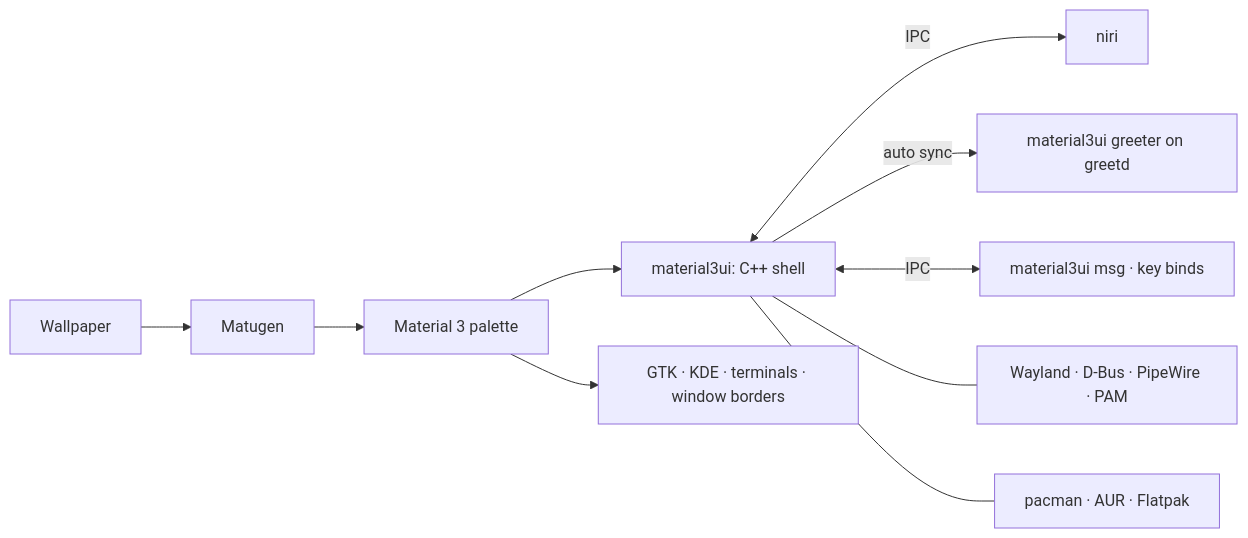
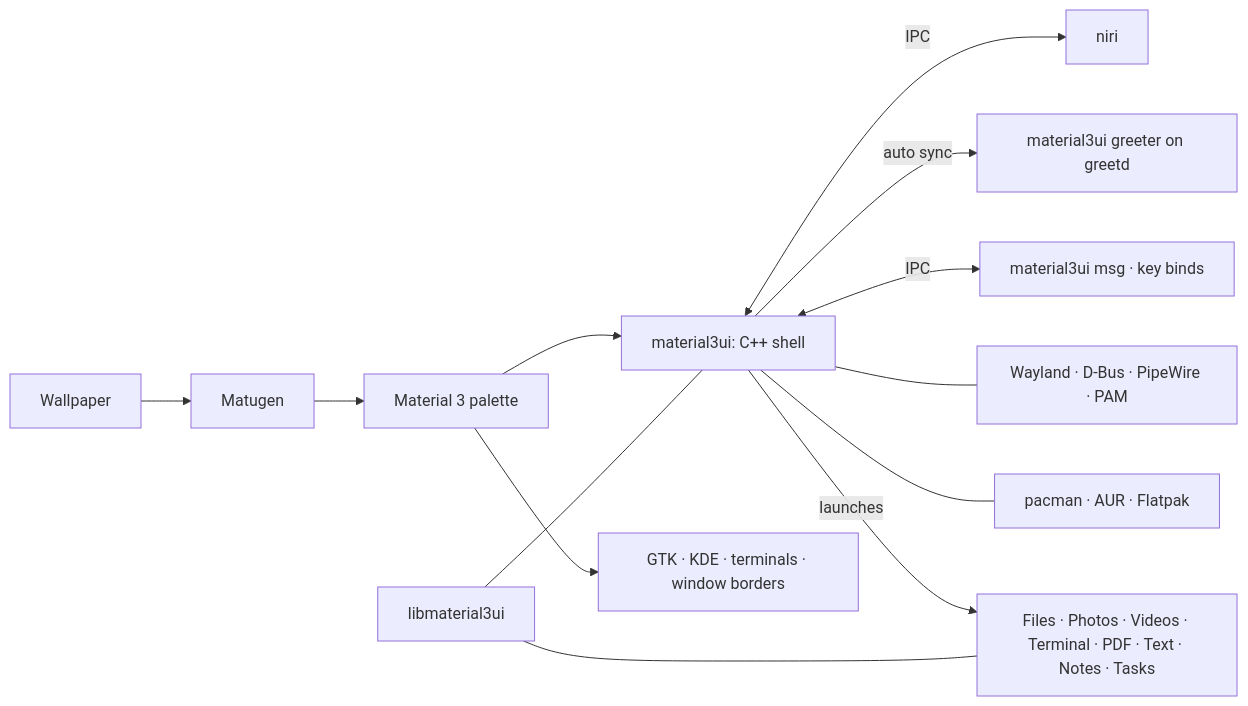
The diagram in README.md (Abijspy/material3-android-shell), drawn with Mermaid before and after one commit. The commit also changed other lines of this file and 9 other files, not shown here.

````diff
--- a/README.md
+++ b/README.md
@@ -316,11 +321,14 @@
 ```mermaid
 flowchart LR
     W[Wallpaper] --> M[Matugen] --> P[Material 3 palette]
     P --> S[material3ui: C++ shell]
     P --> A[GTK · KDE · terminals · window borders]
     S <-- IPC --> H[niri]
     S -- auto sync --> G[material3ui greeter on greetd]
     S <-- IPC --> C[material3ui msg · key binds]
     S --- X[Wayland · D-Bus · PipeWire · PAM]
     S --- U[pacman · AUR · Flatpak]
+    S -- launches --> APPS[Files · Photos · Videos · Terminal · PDF · Text · Notes · Tasks]
+    L[libmaterial3ui] --- S
+    L --- APPS
 ```
````
